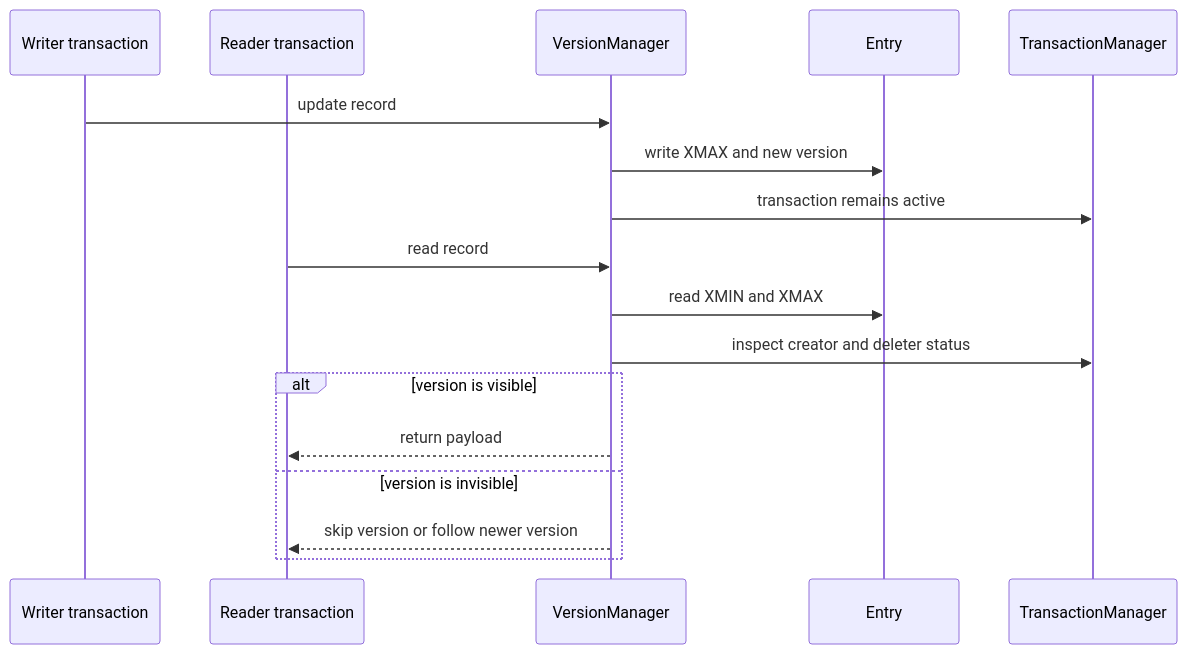
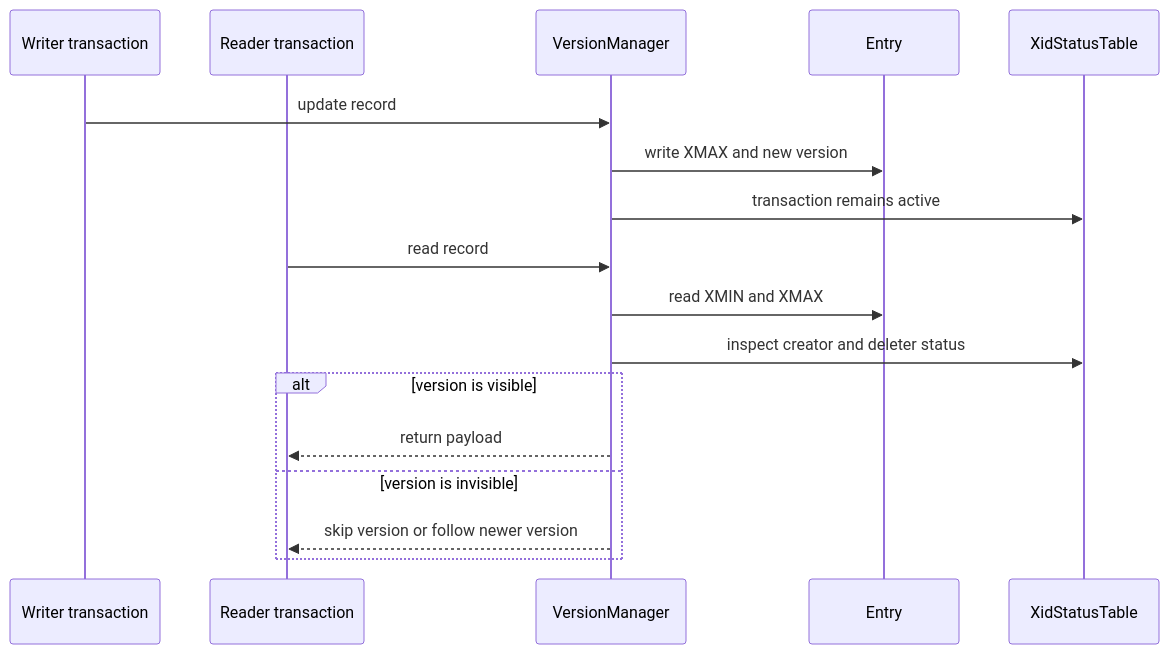
Before and after one commit to SarekCuimian/minisql: the fifth of 8 diagrams in docs/architecture/06-runtime.md, drawn with Mermaid. The commit also changed other lines of this file and 49 other files, not shown here.

````diff
--- a/docs/architecture/06-runtime.md
+++ b/docs/architecture/06-runtime.md
@@ -114,20 +120,20 @@
 ```mermaid
 sequenceDiagram
     participant W as Writer transaction
     participant R as Reader transaction
     participant V as VersionManager
     participant E as Entry
-    participant X as TransactionManager
+    participant X as XidStatusTable
 
     W->>V: update record
     V->>E: write XMAX and new version
     V->>X: transaction remains active
     R->>V: read record
     V->>E: read XMIN and XMAX
     V->>X: inspect creator and deleter status
     alt version is visible
         V-->>R: return payload
     else version is invisible
         V-->>R: skip version or follow newer version
     end
 ```
````
